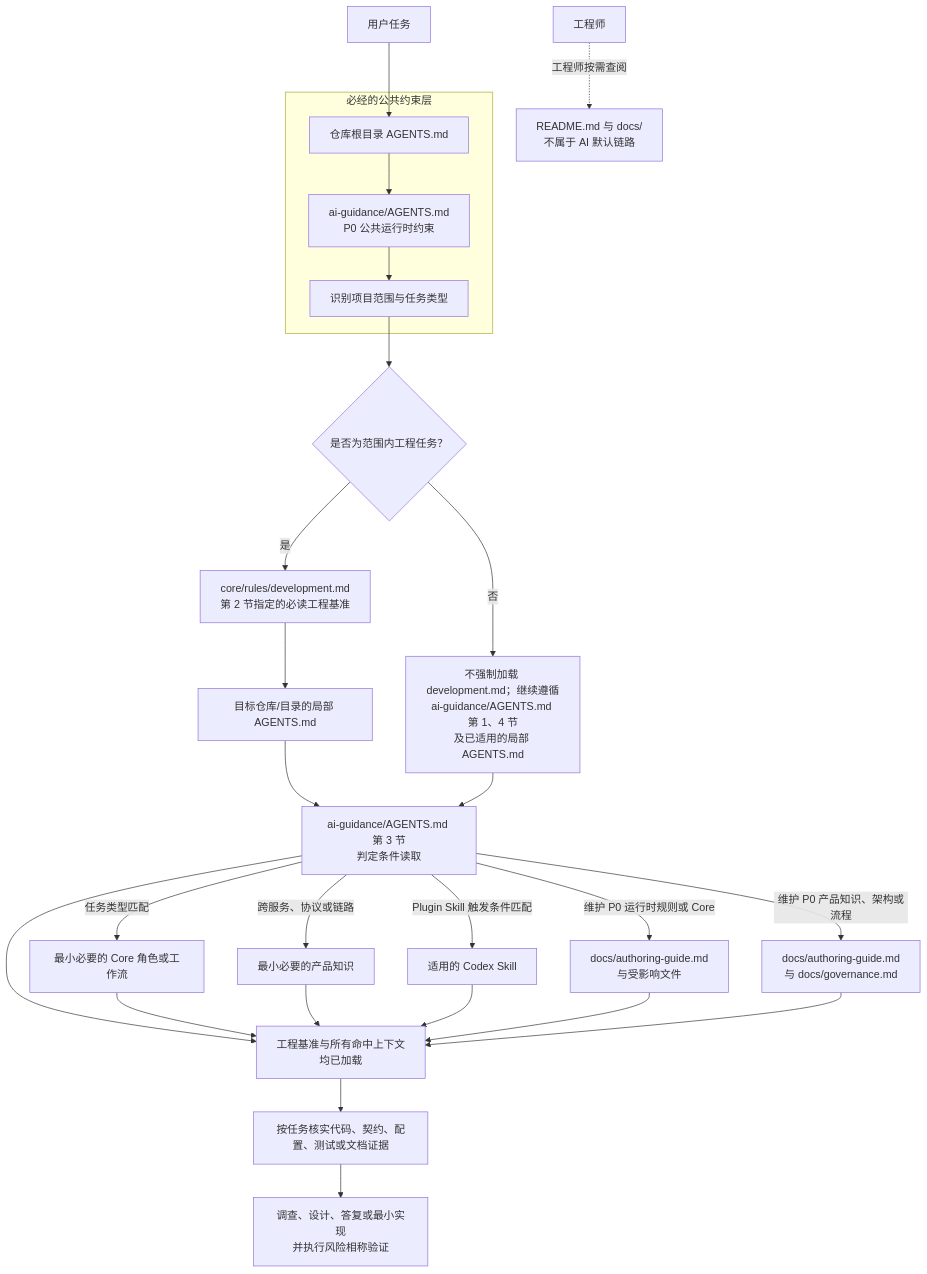
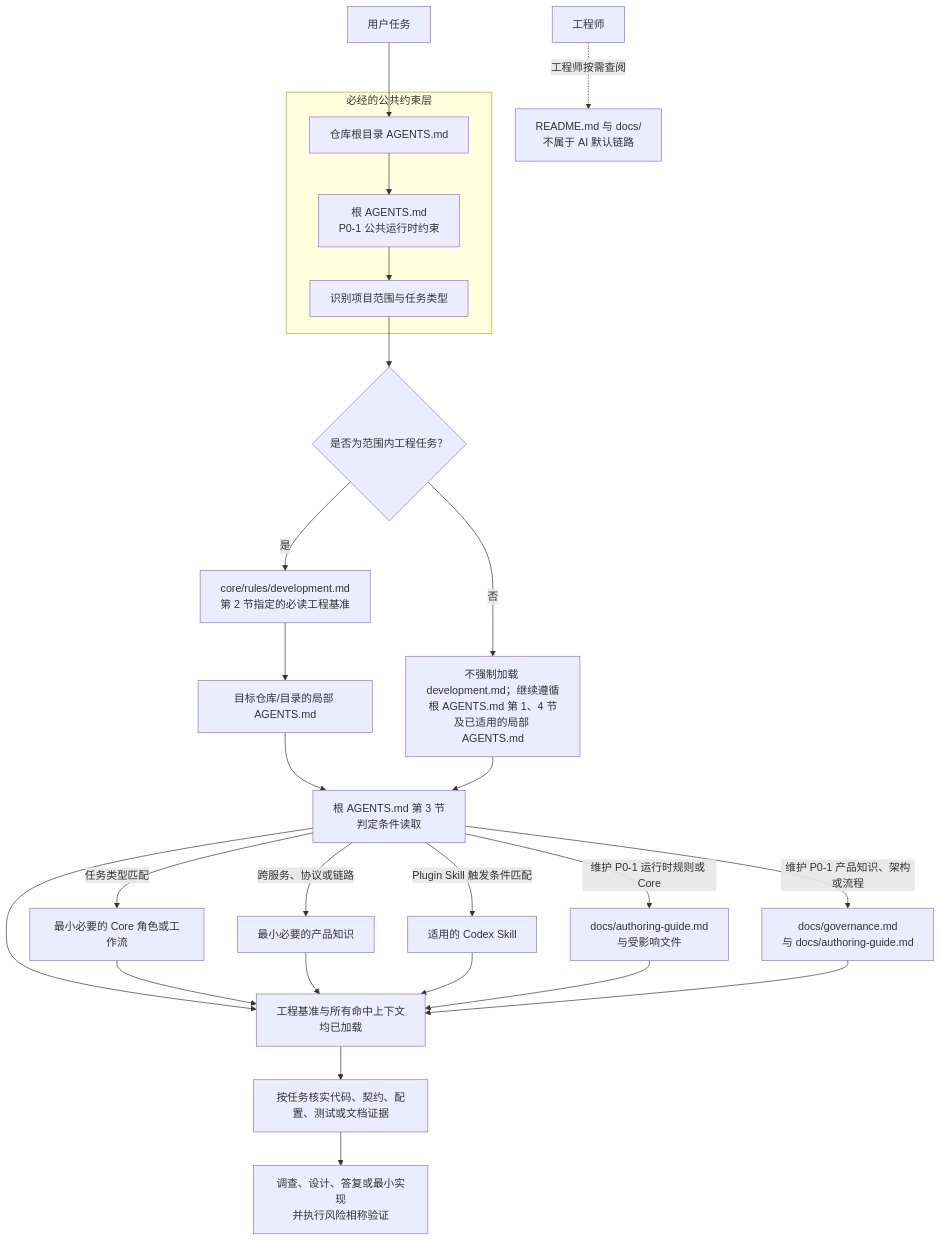
One commit to cnxutu/tu-engineering-workbench changed the first of 2 diagrams in docs/project-guide.md. Above: the diagram before and after it, drawn with Mermaid. The commit also changed other lines of this file and 35 other files, not shown here.

````diff
--- a/docs/project-guide.md
+++ b/docs/project-guide.md
@@ -9,30 +9,30 @@
 ```mermaid
 flowchart TD
     U[用户任务] --> R
     subgraph REQUIRED[必经的公共约束层]
         R[仓库根目录 AGENTS.md]
-        P0[ai-guidance/AGENTS.md\nP0 公共运行时约束]
+        P01[根 AGENTS.md\nP0-1 公共运行时约束]
         S[识别项目范围与任务类型]
-        R --> P0 --> S
+        R --> P01 --> S
     end
     S --> W{是否为范围内工程任务？}
     W -->|是| D[core/rules/development.md\n第 2 节指定的必读工程基准]
     D --> L[目标仓库/目录的局部 AGENTS.md]
-    L --> B[ai-guidance/AGENTS.md 第 3 节\n判定条件读取]
+    L --> B[根 AGENTS.md 第 3 节\n判定条件读取]
     B -->|任务类型匹配| CR[最小必要的 Core 角色或工作流]
     B -->|跨服务、协议或链路| PK[最小必要的产品知识]
     B -->|Plugin Skill 触发条件匹配| SK[适用的 Codex Skill]
-    B -->|维护 P0 运行时规则或 Core| RG[docs/authoring-guide.md\n与受影响文件]
-    B -->|维护 P0 产品知识、架构或流程| MG[docs/authoring-guide.md\n与 docs/governance.md]
+    B -->|维护 P0-1 运行时规则或 Core| RG[docs/authoring-guide.md\n与受影响文件]
+    B -->|维护 P0-1 产品知识、架构或流程| MG[docs/governance.md\n与 docs/authoring-guide.md]
     B --> C[工程基准与所有命中上下文\n均已加载]
     CR --> C
     PK --> C
     SK --> C
     RG --> C
     MG --> C
     C --> E[按任务核实代码、契约、配置、测试或文档证据]
     E --> I[调查、设计、答复或最小实现\n并执行风险相称验证]
-    W -->|否| A[不强制加载 development.md；继续遵循\nai-guidance/AGENTS.md 第 1、4 节\n及已适用的局部 AGENTS.md]
+    W -->|否| A[不强制加载 development.md；继续遵循\n根 AGENTS.md 第 1、4 节\n及已适用的局部 AGENTS.md]
     A --> B
     M[工程师] -. 工程师按需查阅 .-> H[README.md 与 docs/\n不属于 AI 默认链路]
 ```
````
